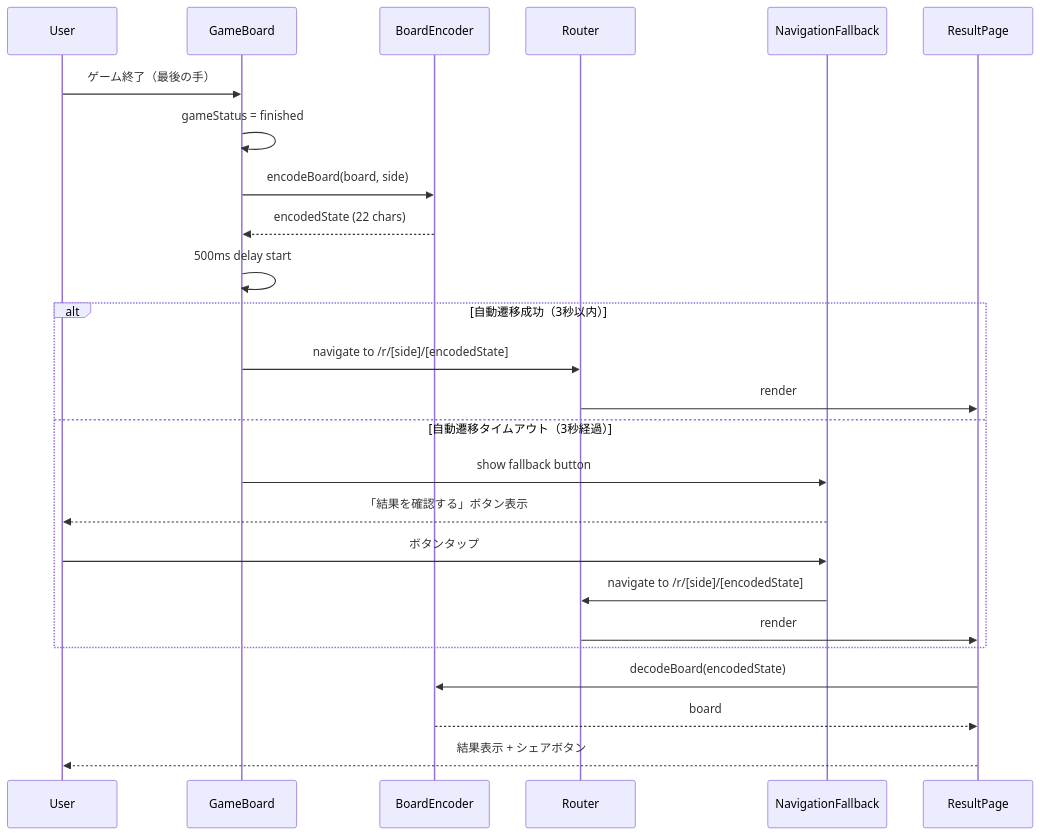
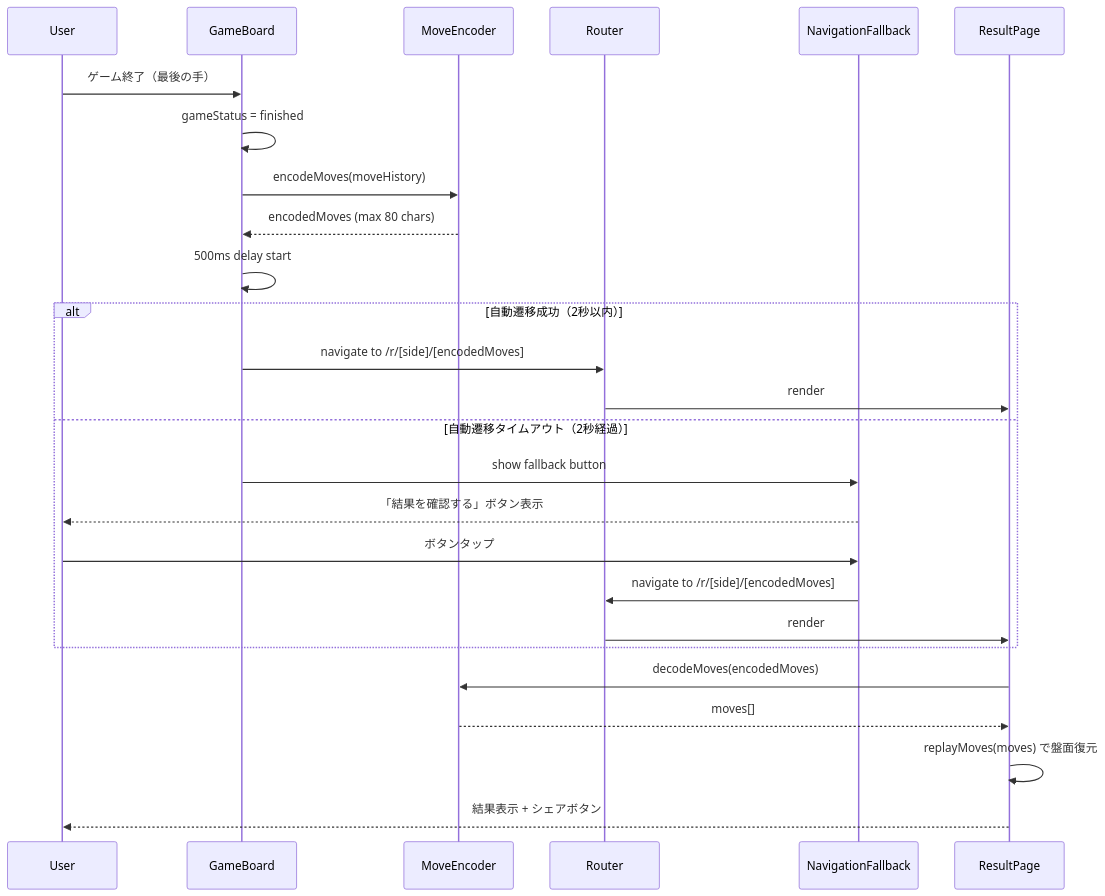
Before and after one commit to noriaki/line-miniapp-reversi: the second of 6 diagrams in .specify/specs/game-result-share-v2/design.md, drawn with Mermaid. The commit also changed other lines of this file and 3 other files, not shown here.

````diff
--- a/.specify/specs/game-result-share-v2/design.md
+++ b/.specify/specs/game-result-share-v2/design.md
@@ -115,30 +110,31 @@
 ```mermaid
 sequenceDiagram
     participant User
     participant GameBoard
-    participant BoardEncoder
+    participant MoveEncoder
     participant Router
     participant NavigationFallback
     participant ResultPage
 
     User->>GameBoard: ゲーム終了（最後の手）
     GameBoard->>GameBoard: gameStatus = finished
-    GameBoard->>BoardEncoder: encodeBoard(board, side)
-    BoardEncoder-->>GameBoard: encodedState (22 chars)
+    GameBoard->>MoveEncoder: encodeMoves(moveHistory)
+    MoveEncoder-->>GameBoard: encodedMoves (max 80 chars)
     GameBoard->>GameBoard: 500ms delay start
 
-    alt 自動遷移成功（3秒以内）
-        GameBoard->>Router: navigate to /r/[side]/[encodedState]
+    alt 自動遷移成功（2秒以内）
+        GameBoard->>Router: navigate to /r/[side]/[encodedMoves]
         Router->>ResultPage: render
-    else 自動遷移タイムアウト（3秒経過）
+    else 自動遷移タイムアウト（2秒経過）
         GameBoard->>NavigationFallback: show fallback button
         NavigationFallback-->>User: 「結果を確認する」ボタン表示
         User->>NavigationFallback: ボタンタップ
-        NavigationFallback->>Router: navigate to /r/[side]/[encodedState]
+        NavigationFallback->>Router: navigate to /r/[side]/[encodedMoves]
         Router->>ResultPage: render
     end
 
-    ResultPage->>BoardEncoder: decodeBoard(encodedState)
-    BoardEncoder-->>ResultPage: board
+    ResultPage->>MoveEncoder: decodeMoves(encodedMoves)
+    MoveEncoder-->>ResultPage: moves[]
+    ResultPage->>ResultPage: replayMoves(moves) で盤面復元
     ResultPage-->>User: 結果表示 + シェアボタン
 ```
````
